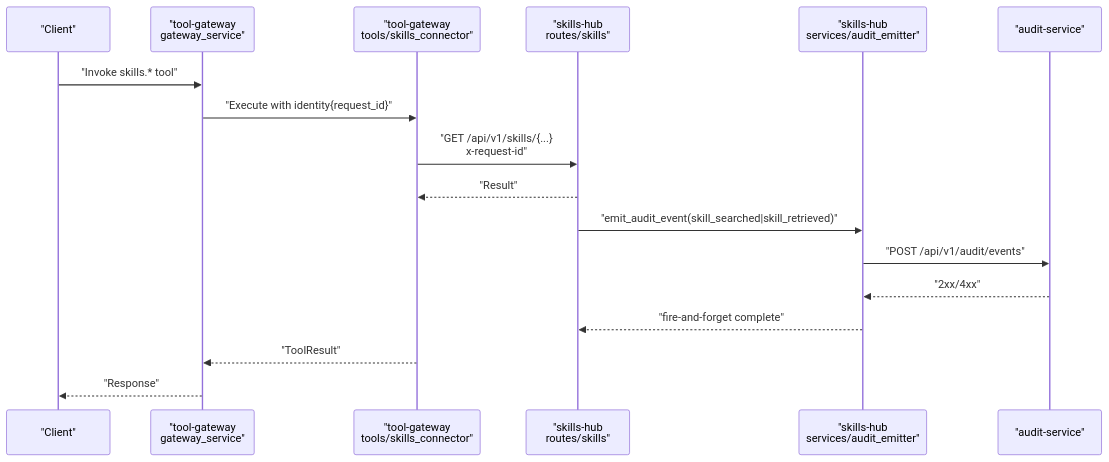
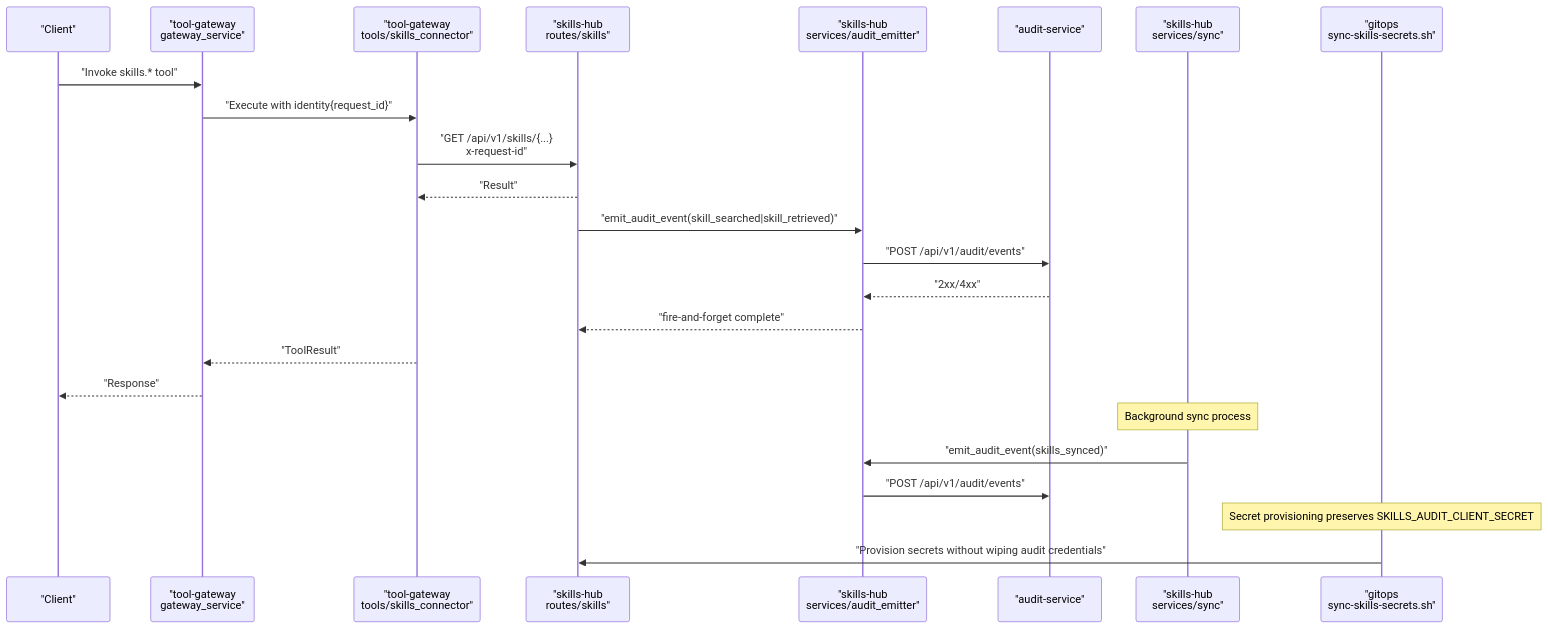
One commit to metasync/luban-aiops changed the second of 7 diagrams in .qoder/repowiki/en/content/Architecture Documentation/SPEC-029_ Skills Usage Audit Trail.md. Above: the diagram before and after it, drawn with Mermaid. The commit also changed other lines of this file and 7 other files, not shown here.

````diff
--- a/.qoder/repowiki/en/content/Architecture Documentation/SPEC-029_ Skills Usage Audit Trail.md
+++ b/.qoder/repowiki/en/content/Architecture Documentation/SPEC-029_ Skills Usage Audit Trail.md
@@ -86,19 +138,26 @@
 ```mermaid
 sequenceDiagram
 participant Client as "Client"
 participant TG as "tool-gateway<br/>gateway_service"
 participant SC as "tool-gateway<br/>tools/skills_connector"
 participant SH as "skills-hub<br/>routes/skills"
 participant AE as "skills-hub<br/>services/audit_emitter"
 participant AS as "audit-service"
+participant SYNC as "skills-hub<br/>services/sync"
+participant GITOPS as "gitops<br/>sync-skills-secrets.sh"
 Client->>TG : "Invoke skills.* tool"
 TG->>SC : "Execute with identity{request_id}"
 SC->>SH : "GET /api/v1/skills/{...}<br/>x-request-id"
 SH-->>SC : "Result"
 SH->>AE : "emit_audit_event(skill_searched|skill_retrieved)"
 AE->>AS : "POST /api/v1/audit/events"
 AS-->>AE : "2xx/4xx"
 AE-->>SH : "fire-and-forget complete"
 SC-->>TG : "ToolResult"
 TG-->>Client : "Response"
+Note over SYNC : Background sync process
+SYNC->>AE : "emit_audit_event(skills_synced)"
+AE->>AS : "POST /api/v1/audit/events"
+Note over GITOPS : Secret provisioning preserves SKILLS_AUDIT_CLIENT_SECRET
+GITOPS->>SH : "Provision secrets without wiping audit credentials"
 ```
````
